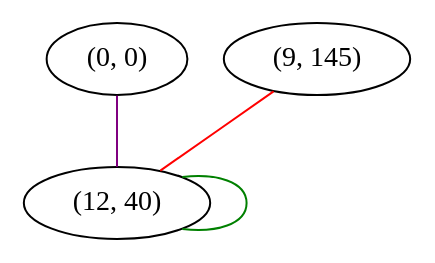
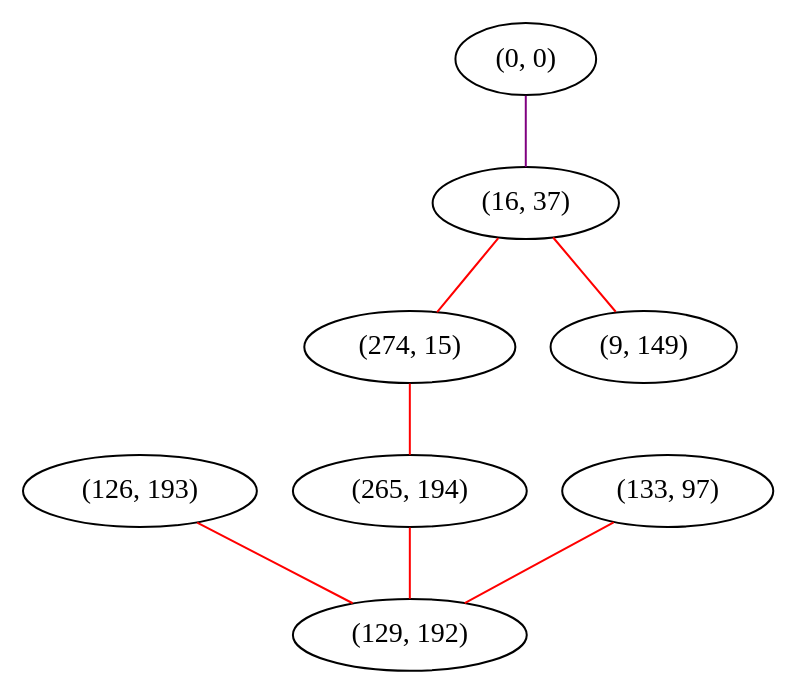
The diagram in graphviz/hwrt/r-9/train/514.gv (FelixMcFelix/sip-for-cv-paper), drawn with Graphviz before and after one commit. The commit also changed 22572 other files, not shown here.

Commit message:
Report changes, more graphs

```diff
--- a/graphviz/hwrt/r-9/train/514.gv
+++ b/graphviz/hwrt/r-9/train/514.gv
@@ -1,8 +1,17 @@
 graph "" {
+"(126, 193)";
 "(0, 0)";
-"(9, 145)";
-"(12, 40)";
-"(0, 0)" -- "(12, 40)"  [color=purple, key=0, weight=4];
-"(9, 145)" -- "(12, 40)"  [color=red, key=0, weight=1];
-"(12, 40)" -- "(12, 40)"  [color=green, key=0, weight=2];
+"(16, 37)";
+"(274, 15)";
+"(9, 149)";
+"(265, 194)";
+"(133, 97)";
+"(129, 192)";
+"(126, 193)" -- "(129, 192)"  [color=red, key=0, weight=1];
+"(0, 0)" -- "(16, 37)"  [color=purple, key=0, weight=4];
+"(16, 37)" -- "(274, 15)"  [color=red, key=0, weight=1];
+"(16, 37)" -- "(9, 149)"  [color=red, key=0, weight=1];
+"(274, 15)" -- "(265, 194)"  [color=red, key=0, weight=1];
+"(265, 194)" -- "(129, 192)"  [color=red, key=0, weight=1];
+"(133, 97)" -- "(129, 192)"  [color=red, key=0, weight=1];
 }
```
